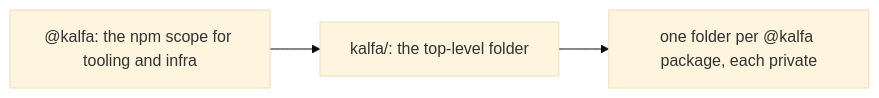
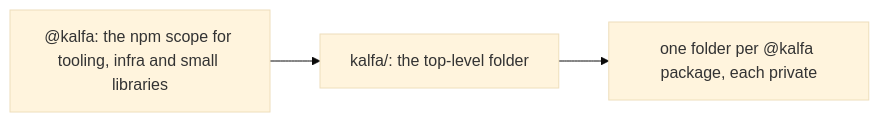
The diagram in .decisions/0556-kalfa-holds-our-tooling-packages.md (kamp-us/tea-fabrika), drawn with Mermaid (base theme) before and after one commit. The commit also changed other lines of this file and 14 other files, not shown here.

````diff
--- a/.decisions/0556-kalfa-holds-our-tooling-packages.md
+++ b/.decisions/0556-kalfa-holds-our-tooling-packages.md
@@ -14,5 +14,5 @@
 ```mermaid
 flowchart LR
-  scope["@kalfa: the npm scope for tooling and infra"] --> folder["kalfa/: the top-level folder"]
+  scope["@kalfa: the npm scope for tooling, infra and small libraries"] --> folder["kalfa/: the top-level folder"]
   folder --> pkg["one folder per @kalfa package, each private"]
 ```
````
